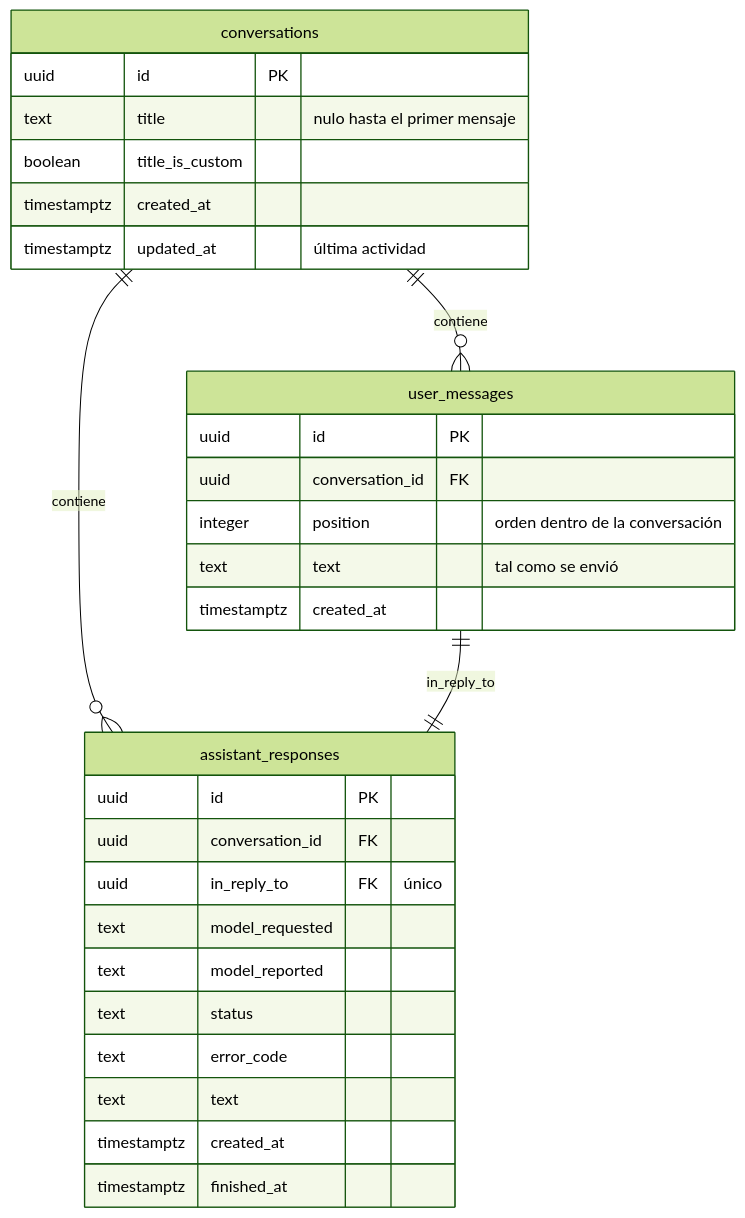
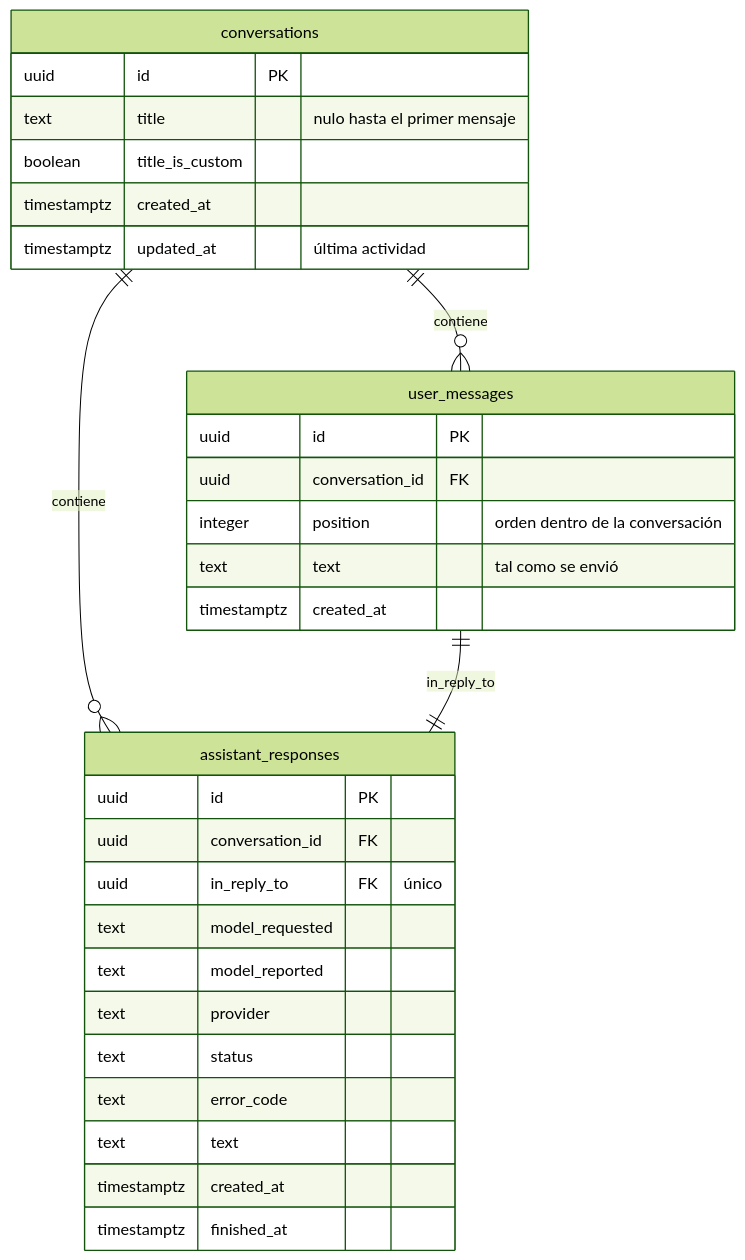
The diagram in docs/data/conversations-schema.md (Jhonnysour/AI-assistant-backend), drawn with Mermaid (forest theme) before and after one commit. The commit also changed other lines of this file and 19 other files, not shown here.

````diff
--- a/docs/data/conversations-schema.md
+++ b/docs/data/conversations-schema.md
@@ -9,33 +9,34 @@
 ```mermaid
 erDiagram
     conversations ||--o{ user_messages : contiene
     conversations ||--o{ assistant_responses : contiene
     user_messages ||--|| assistant_responses : "in_reply_to"
 
     conversations {
         uuid id PK
         text title "nulo hasta el primer mensaje"
         boolean title_is_custom
         timestamptz created_at
         timestamptz updated_at "última actividad"
     }
     user_messages {
         uuid id PK
         uuid conversation_id FK
         integer position "orden dentro de la conversación"
         text text "tal como se envió"
         timestamptz created_at
     }
     assistant_responses {
         uuid id PK
         uuid conversation_id FK
         uuid in_reply_to FK "único"
         text model_requested
         text model_reported
+        text provider
         text status
         text error_code
         text text
         timestamptz created_at
         timestamptz finished_at
     }
 ```
````
